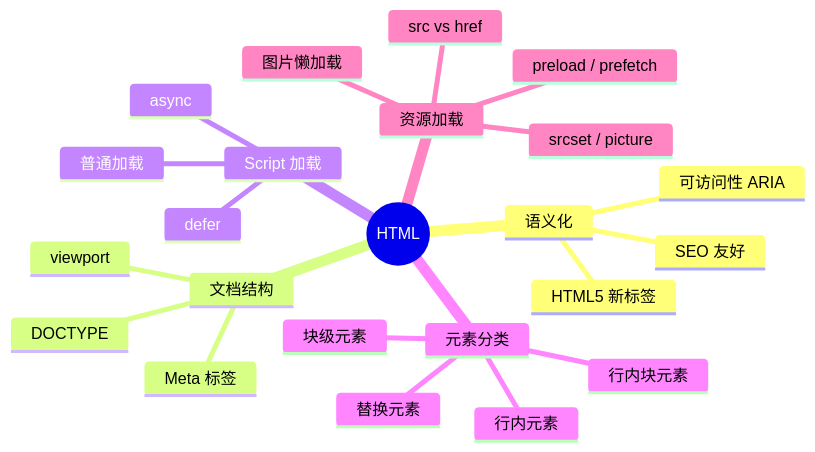
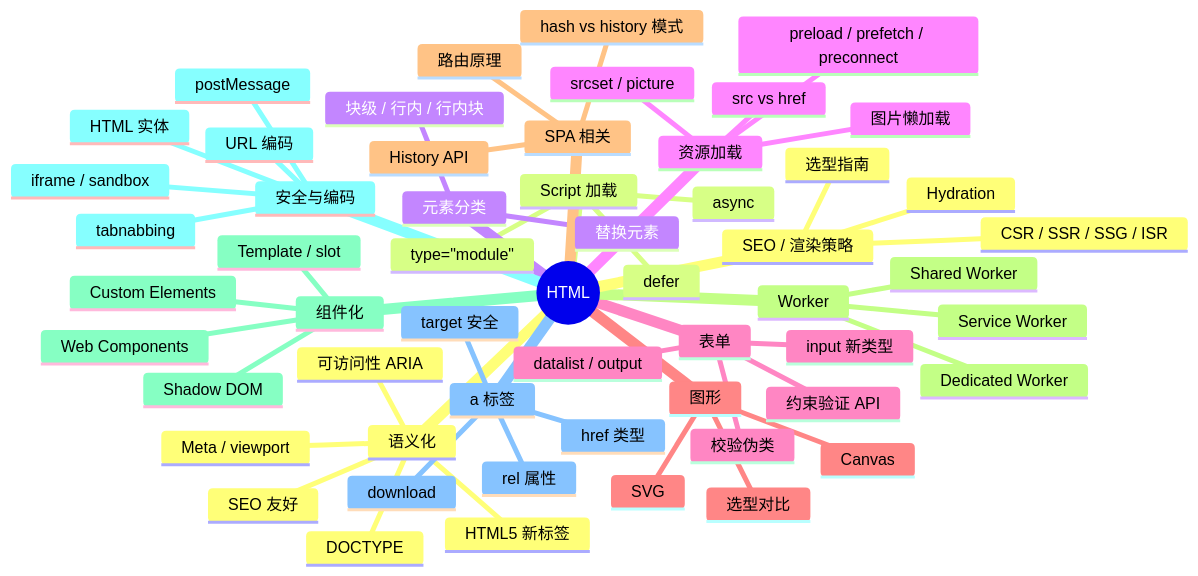
Before and after one commit to zjh42139/interview-notes: the diagram in docs/HTML/index.md, drawn with Mermaid. The commit also changed other lines of this file and 11 other files, not shown here.

````diff
--- a/docs/HTML/index.md
+++ b/docs/HTML/index.md
@@ -9,26 +9,59 @@
 ```mermaid
 mindmap
   root((HTML))
     语义化
       HTML5 新标签
+      DOCTYPE
+      Meta / viewport
       可访问性 ARIA
       SEO 友好
-    文档结构
-      DOCTYPE
-      Meta 标签
-      viewport
     Script 加载
       defer
       async
-      普通加载
+      type="module"
     元素分类
-      块级元素
-      行内元素
-      行内块元素
+      块级 / 行内 / 行内块
       替换元素
     资源加载
       src vs href
+      preload / prefetch / preconnect
       图片懒加载
       srcset / picture
-      preload / prefetch
+    表单
+      input 新类型
+      约束验证 API
+      校验伪类
+      datalist / output
+    图形
+      Canvas
+      SVG
+      选型对比
+    SPA 相关
+      History API
+      hash vs history 模式
+      路由原理
+    Worker
+      Dedicated Worker
+      Shared Worker
+      Service Worker
+    组件化
+      Web Components
+      Shadow DOM
+      Custom Elements
+      Template / slot
+    安全与编码
+      iframe / sandbox
+      postMessage
+      tabnabbing
+      HTML 实体
+      URL 编码
+    a 标签
+      href 类型
+      target 安全
+      rel 属性
+      download
+    SEO / 渲染策略
+      CSR / SSR / SSG / ISR
+      Hydration
+      选型指南
 ```
````
